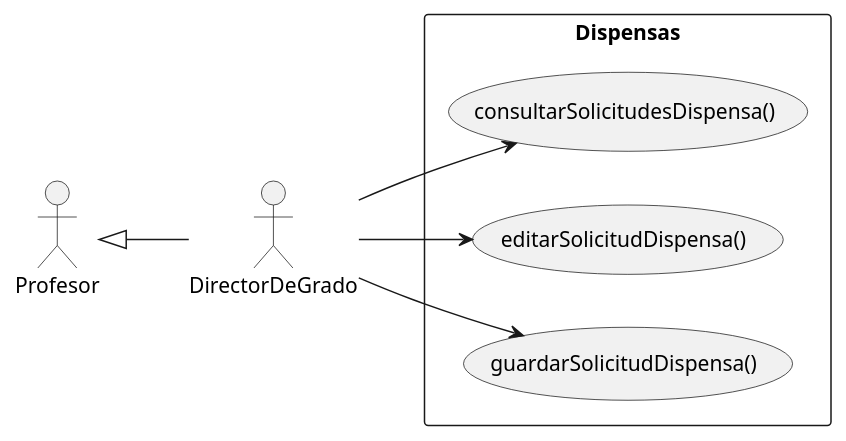
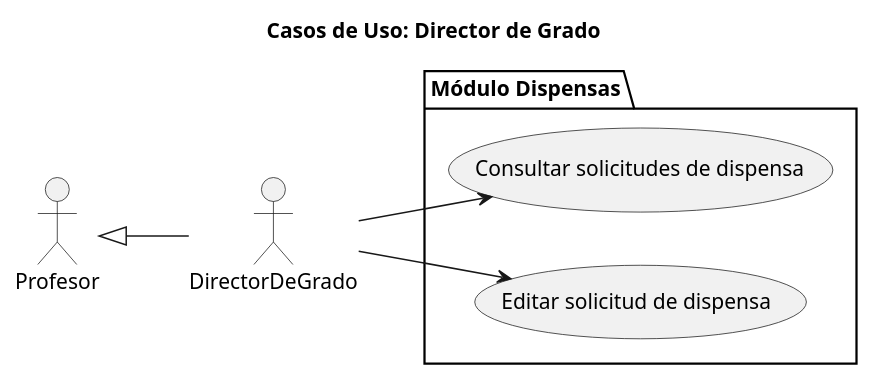
Before and after one commit to enmabry/25-26-IdSw1-SdR: the diagram in documents/CasosDeUso/CasoDeUso/DirectorDeGrado/DirectorDeGrado.puml, drawn with PlantUML. The commit also changed 21 other files, not shown here.

```diff
--- a/documents/CasosDeUso/CasoDeUso/DirectorDeGrado/DirectorDeGrado.puml
+++ b/documents/CasosDeUso/CasoDeUso/DirectorDeGrado/DirectorDeGrado.puml
@@ -1,22 +1,19 @@
 @startuml DiagramaDeCasosDeUsoDirectorDeGrado
+Title Casos de Uso: Director de Grado
 left to right direction
-skinparam packageStyle rectangle
+skinparam style strictuml
 
 actor Profesor
 actor DirectorDeGrado
 
-' Herencia: DirectorDeGrado es un tipo de Profesor
+' Herencia operativa: El Director hereda los casos de uso del Profesor
 Profesor <|-- DirectorDeGrado
 
+package "Módulo Dispensas" {
+    usecase "Consultar solicitudes de dispensa" as ConsultarSolicitudesDispensa
+    usecase "Editar solicitud de dispensa" as EditarSolicitudDispensa
+}
 
-    package "Dispensas" {
-        usecase "consultarSolicitudesDispensa()" as ConsultarSolicitudesDispensa
-        usecase "editarSolicitudDispensa()"     as EditarSolicitudDispensa
-        usecase "guardarSolicitudDispensa()"    as GuardarSolicitudDispensa
-    }
-
-    DirectorDeGrado --> ConsultarSolicitudesDispensa
-    DirectorDeGrado --> EditarSolicitudDispensa
-    DirectorDeGrado --> GuardarSolicitudDispensa
-
+DirectorDeGrado --> ConsultarSolicitudesDispensa
+DirectorDeGrado --> EditarSolicitudDispensa
 @enduml
```
